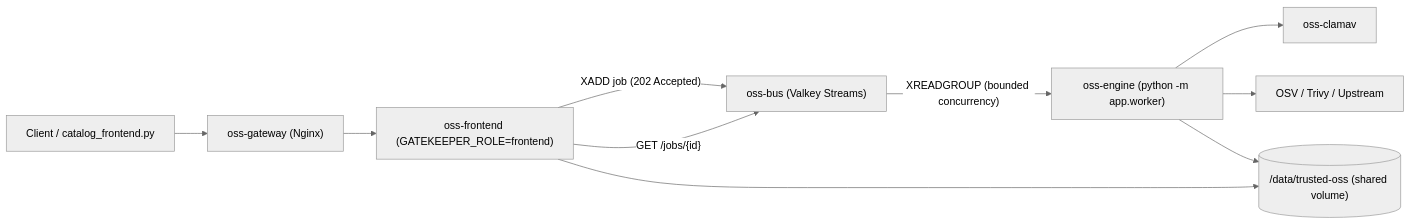
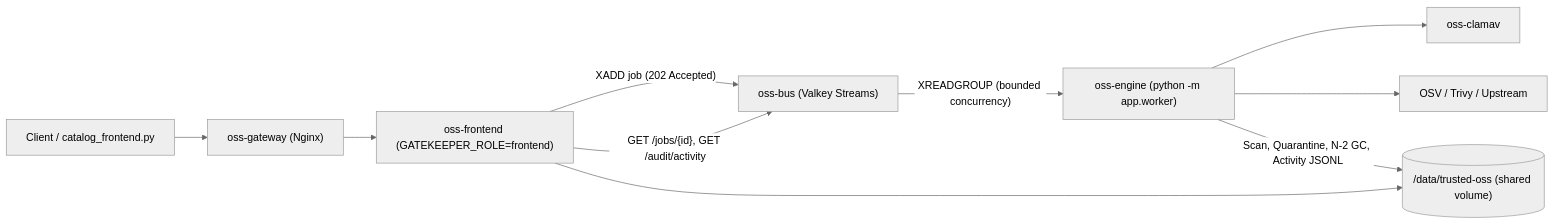
The first of 2 diagrams in docs/adr/0004-frontend-engine-message-bus-architecture.md (jsoehner/trusted-oss-harbor), drawn with Mermaid (neutral theme) before and after one commit. The commit also changed other lines of this file and 2 other files, not shown here.

First line of the commit message:
docs(adr,manual): record activity log, unscanned sweeps, and N-2 GC controls

````diff
--- a/docs/adr/0004-frontend-engine-message-bus-architecture.md
+++ b/docs/adr/0004-frontend-engine-message-bus-architecture.md
@@ -33,12 +34,12 @@
 ```mermaid
 flowchart LR
     Client["Client / catalog_frontend.py"] --> Gateway["oss-gateway (Nginx)"]
     Gateway --> Frontend["oss-frontend (GATEKEEPER_ROLE=frontend)"]
     Frontend -- "XADD job (202 Accepted)" --> Bus["oss-bus (Valkey Streams)"]
-    Frontend -- "GET /jobs/{id}" --> Bus
+    Frontend -- "GET /jobs/{id}, GET /audit/activity" --> Bus
     Bus -- "XREADGROUP (bounded concurrency)" --> Engine["oss-engine (python -m app.worker)"]
     Engine --> ClamAV["oss-clamav"]
     Engine --> OSV["OSV / Trivy / Upstream"]
-    Engine --> Data[("/data/trusted-oss (shared volume)")]
+    Engine -- "Scan, Quarantine, N-2 GC, Activity JSONL" --> Data[("/data/trusted-oss (shared volume)")]
     Frontend --> Data
 ```
````
